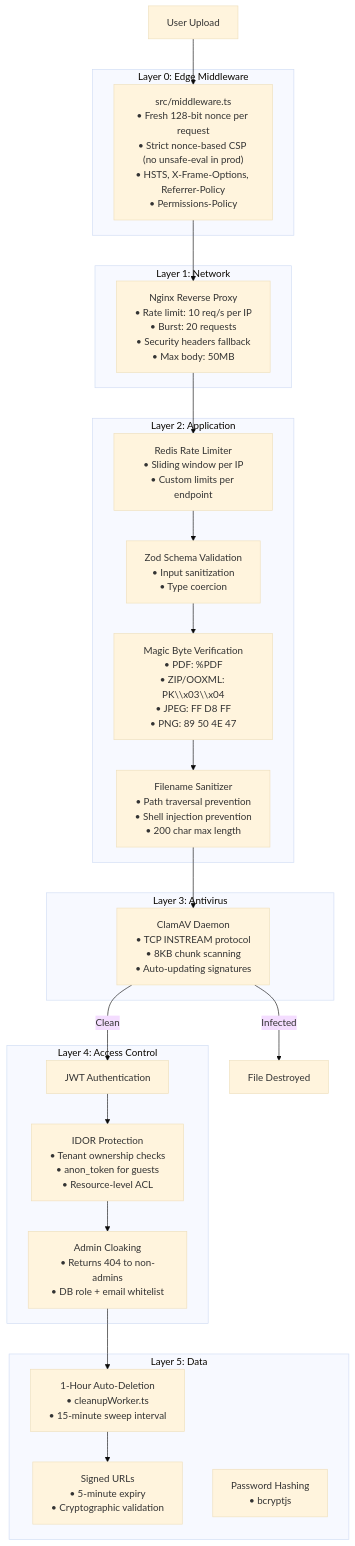
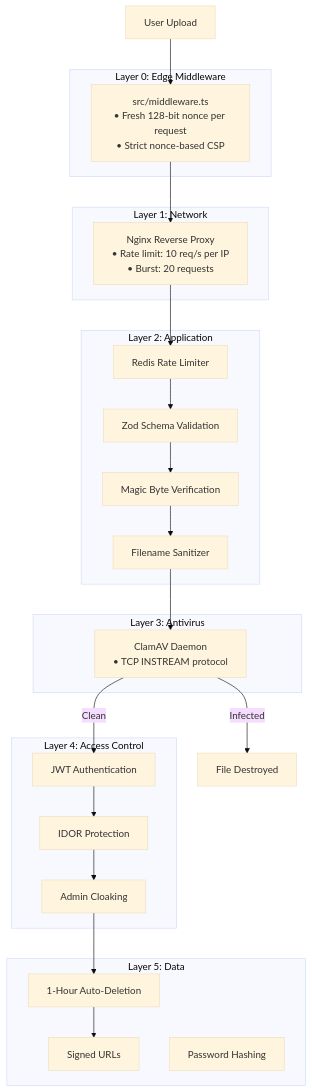
The third of 7 diagrams in README.md (Skedare240507/FileConvert), drawn with Mermaid (base theme) before and after one commit. The commit also changed other lines of this file, not shown here.

Commit message:
docs: update README with diagrams and remove payment section

````diff
--- a/README.md
+++ b/README.md
@@ -705,41 +515,41 @@
 ```mermaid
 flowchart TD
     Upload["User Upload"] --> Middleware
 
     subgraph Layer0 ["Layer 0: Edge Middleware"]
-        Middleware["src/middleware.ts<br/>• Fresh 128-bit nonce per request<br/>• Strict nonce-based CSP (no unsafe-eval in prod)<br/>• HSTS, X-Frame-Options, Referrer-Policy<br/>• Permissions-Policy"]
+        Middleware["src/middleware.ts<br/>• Fresh 128-bit nonce per request<br/>• Strict nonce-based CSP"]
     end
 
     subgraph Layer1 ["Layer 1: Network"]
-        Nginx["Nginx Reverse Proxy<br/>• Rate limit: 10 req/s per IP<br/>• Burst: 20 requests<br/>• Security headers fallback<br/>• Max body: 50MB"]
+        Nginx["Nginx Reverse Proxy<br/>• Rate limit: 10 req/s per IP<br/>• Burst: 20 requests"]
     end
 
     subgraph Layer2 ["Layer 2: Application"]
-        Rate["Redis Rate Limiter<br/>• Sliding window per IP<br/>• Custom limits per endpoint"]
-        Validation["Zod Schema Validation<br/>• Input sanitization<br/>• Type coercion"]
-        Magic["Magic Byte Verification<br/>• PDF: %PDF<br/>• ZIP/OOXML: PK\\x03\\x04<br/>• JPEG: FF D8 FF<br/>• PNG: 89 50 4E 47"]
-        Sanitize["Filename Sanitizer<br/>• Path traversal prevention<br/>• Shell injection prevention<br/>• 200 char max length"]
+        Rate["Redis Rate Limiter"]
+        Validation["Zod Schema Validation"]
+        Magic["Magic Byte Verification"]
+        Sanitize["Filename Sanitizer"]
     end
 
     subgraph Layer3 ["Layer 3: Antivirus"]
-        ClamAV["ClamAV Daemon<br/>• TCP INSTREAM protocol<br/>• 8KB chunk scanning<br/>• Auto-updating signatures"]
+        ClamAV["ClamAV Daemon<br/>• TCP INSTREAM protocol"]
     end
 
     subgraph Layer4 ["Layer 4: Access Control"]
         Auth["JWT Authentication"]
-        IDOR["IDOR Protection<br/>• Tenant ownership checks<br/>• anon_token for guests<br/>• Resource-level ACL"]
-        Admin["Admin Cloaking<br/>• Returns 404 to non-admins<br/>• DB role + email whitelist"]
+        IDOR["IDOR Protection"]
+        Admin["Admin Cloaking"]
     end
 
     subgraph Layer5 ["Layer 5: Data"]
-        TTL["1-Hour Auto-Deletion<br/>• cleanupWorker.ts<br/>• 15-minute sweep interval"]
-        Signed["Signed URLs<br/>• 5-minute expiry<br/>• Cryptographic validation"]
-        Encrypt["Password Hashing<br/>• bcryptjs"]
+        TTL["1-Hour Auto-Deletion"]
+        Signed["Signed URLs"]
+        Encrypt["Password Hashing"]
     end
 
     Middleware --> Nginx --> Rate --> Validation --> Magic --> Sanitize
     Sanitize --> ClamAV
     ClamAV -- "Clean" --> Auth --> IDOR --> Admin
     ClamAV -- "Infected" --> Destroy["File Destroyed"]
     Admin --> TTL --> Signed
 ```
````
